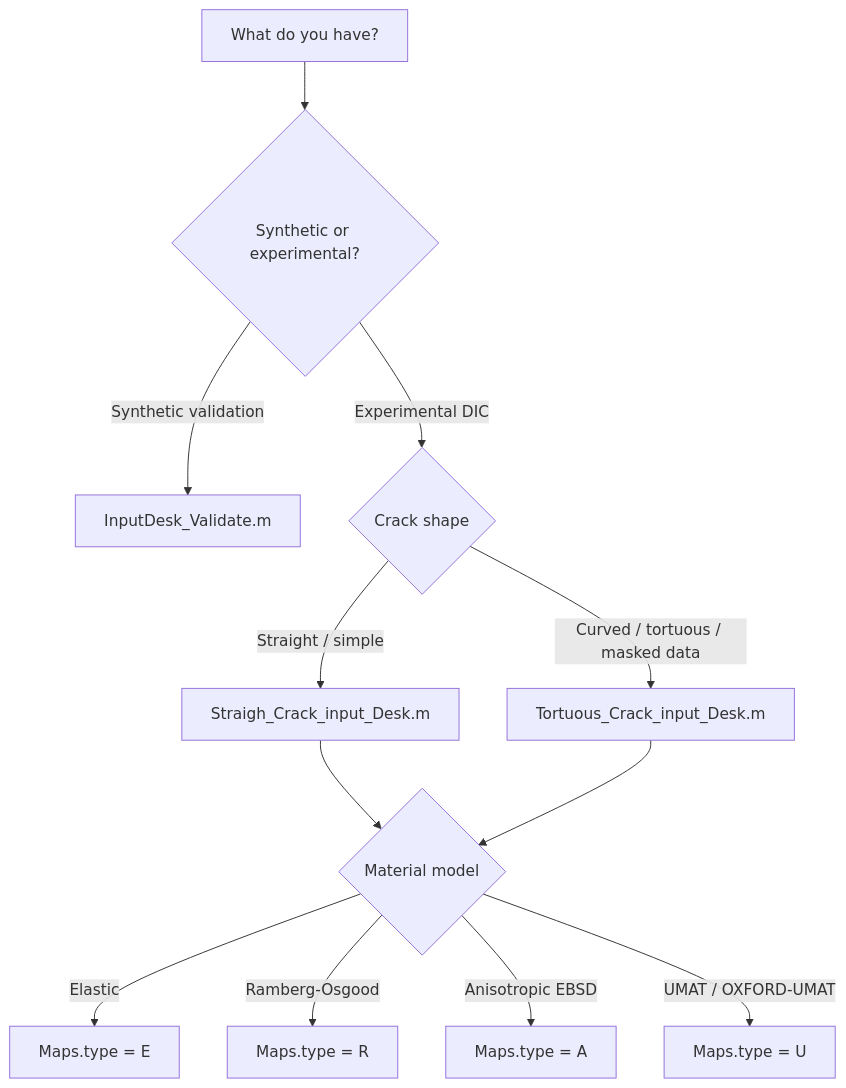
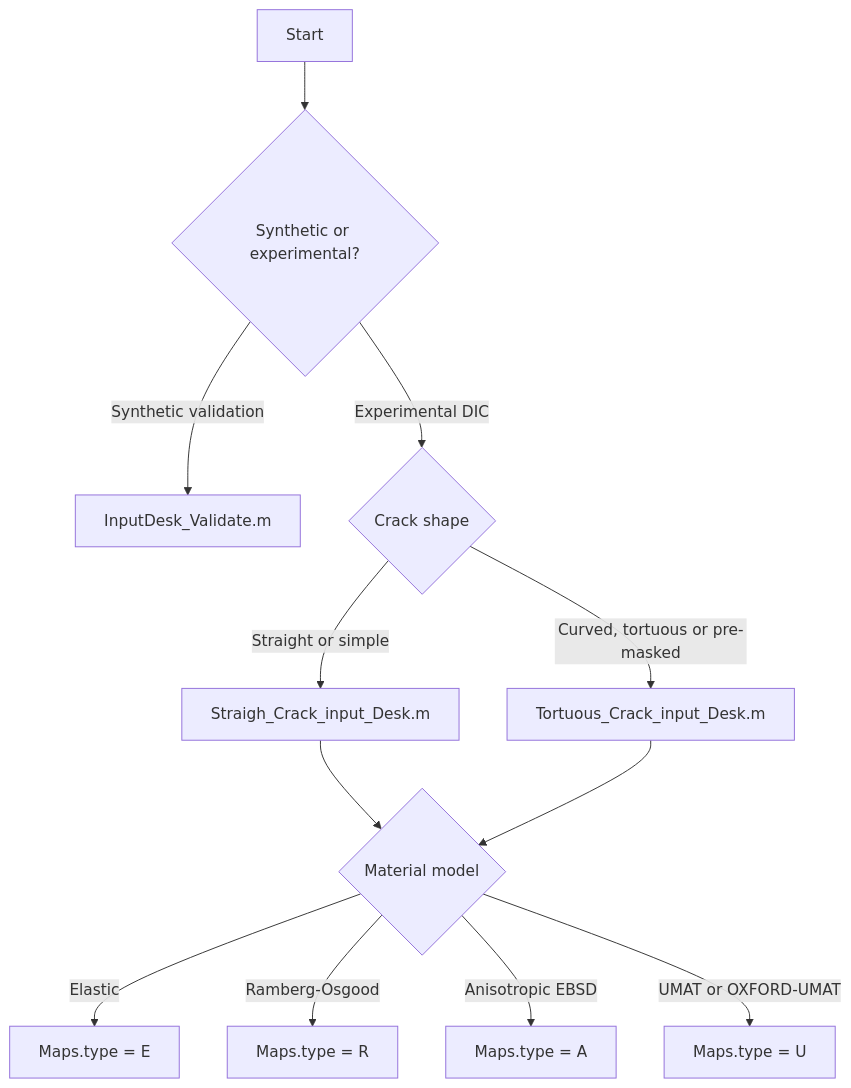
One commit to Shi2oon/DIC2ABAQUS changed the third of 3 diagrams in README.md. Above: the diagram before and after it, drawn with Mermaid. The commit also changed other lines of this file, not shown here.

````diff
--- a/README.md
+++ b/README.md
@@ -564,14 +532,14 @@
 ```mermaid
 flowchart TD
-    A[What do you have?] --> B{Synthetic or experimental?}
+    A[Start] --> B{Synthetic or experimental?}
     B -->|Synthetic validation| C[InputDesk_Validate.m]
     B -->|Experimental DIC| D{Crack shape}
-    D -->|Straight / simple| E[Straigh_Crack_input_Desk.m]
-    D -->|Curved / tortuous / masked data| F[Tortuous_Crack_input_Desk.m]
+    D -->|Straight or simple| E[Straigh_Crack_input_Desk.m]
+    D -->|Curved, tortuous or pre-masked| F[Tortuous_Crack_input_Desk.m]
     E --> G{Material model}
     F --> G
     G -->|Elastic| H[Maps.type = E]
     G -->|Ramberg-Osgood| I[Maps.type = R]
     G -->|Anisotropic EBSD| J[Maps.type = A]
-    G -->|UMAT / OXFORD-UMAT| K[Maps.type = U]
+    G -->|UMAT or OXFORD-UMAT| K[Maps.type = U]
 ```
````
